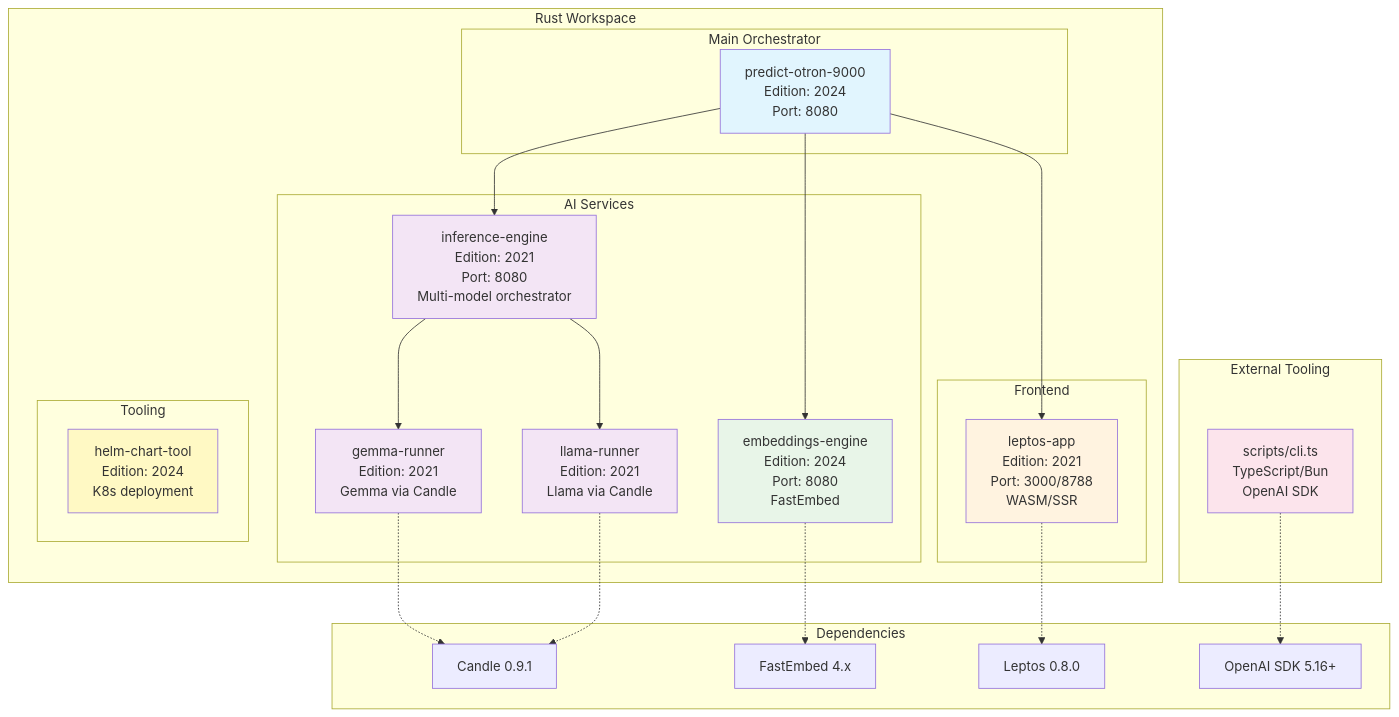
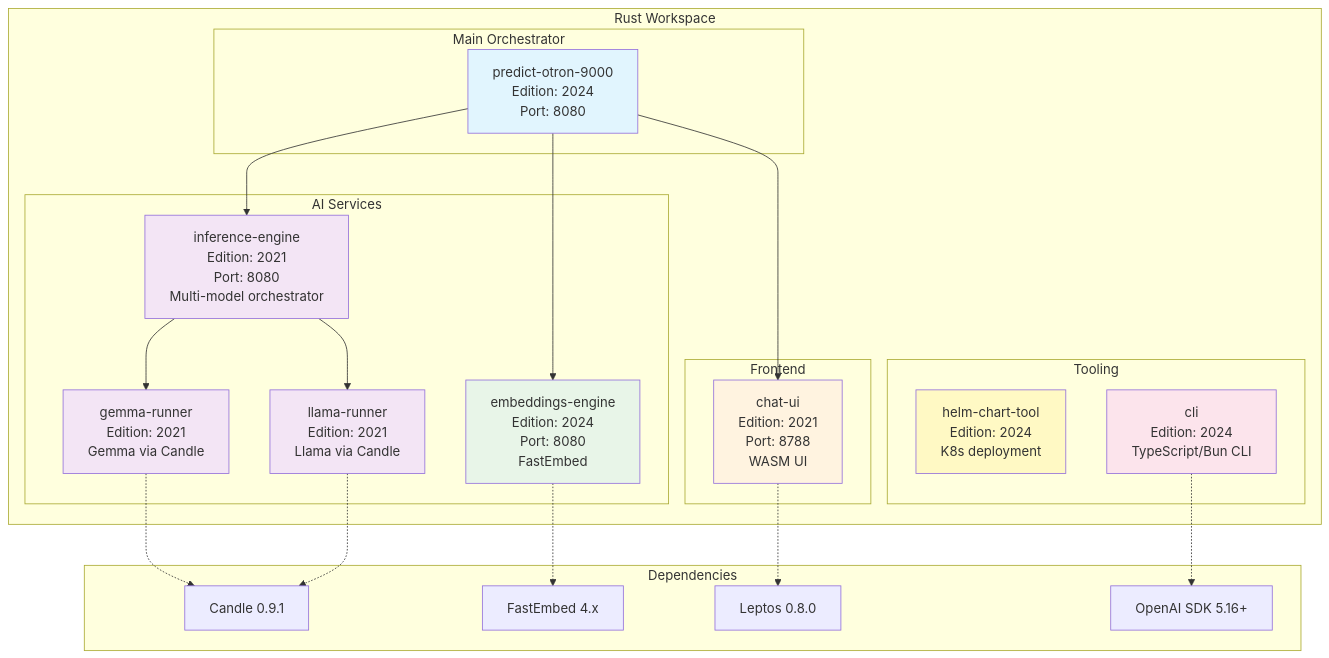
The second of 11 diagrams in docs/ARCHITECTURE.md (geoffsee/predict-otron-9001), drawn with Mermaid before and after one commit. The commit also changed other lines of this file and 6 other files, not shown here.

````diff
--- a/docs/ARCHITECTURE.md
+++ b/docs/ARCHITECTURE.md
@@ -57,49 +57,46 @@
 ```mermaid
 graph TD
     subgraph "Rust Workspace"
         subgraph "Main Orchestrator"
             A[predict-otron-9000<br/>Edition: 2024<br/>Port: 8080]
         end
         
         subgraph "AI Services"
             B[inference-engine<br/>Edition: 2021<br/>Port: 8080<br/>Multi-model orchestrator]
             J[gemma-runner<br/>Edition: 2021<br/>Gemma via Candle]
             K[llama-runner<br/>Edition: 2021<br/>Llama via Candle]
             C[embeddings-engine<br/>Edition: 2024<br/>Port: 8080<br/>FastEmbed]
         end
         
         subgraph "Frontend"
-            D[leptos-app<br/>Edition: 2021<br/>Port: 3000/8788<br/>WASM/SSR]
+            D[chat-ui<br/>Edition: 2021<br/>Port: 8788<br/>WASM UI]
         end
         
         subgraph "Tooling"
             L[helm-chart-tool<br/>Edition: 2024<br/>K8s deployment]
+            E[cli<br/>Edition: 2024<br/>TypeScript/Bun CLI]
         end
-    end
-    
-    subgraph "External Tooling"
-        E[scripts/cli.ts<br/>TypeScript/Bun<br/>OpenAI SDK]
     end
     
     subgraph "Dependencies"
         A --> B
         A --> C
         A --> D
         B --> J
         B --> K
         J -.-> F[Candle 0.9.1]
         K -.-> F
         C -.-> G[FastEmbed 4.x]
         D -.-> H[Leptos 0.8.0]
         E -.-> I[OpenAI SDK 5.16+]
     end
     
     style A fill:#e1f5fe
     style B fill:#f3e5f5
     style J fill:#f3e5f5
     style K fill:#f3e5f5
     style C fill:#e8f5e8
     style D fill:#fff3e0
     style E fill:#fce4ec
     style L fill:#fff9c4
 ```
````
